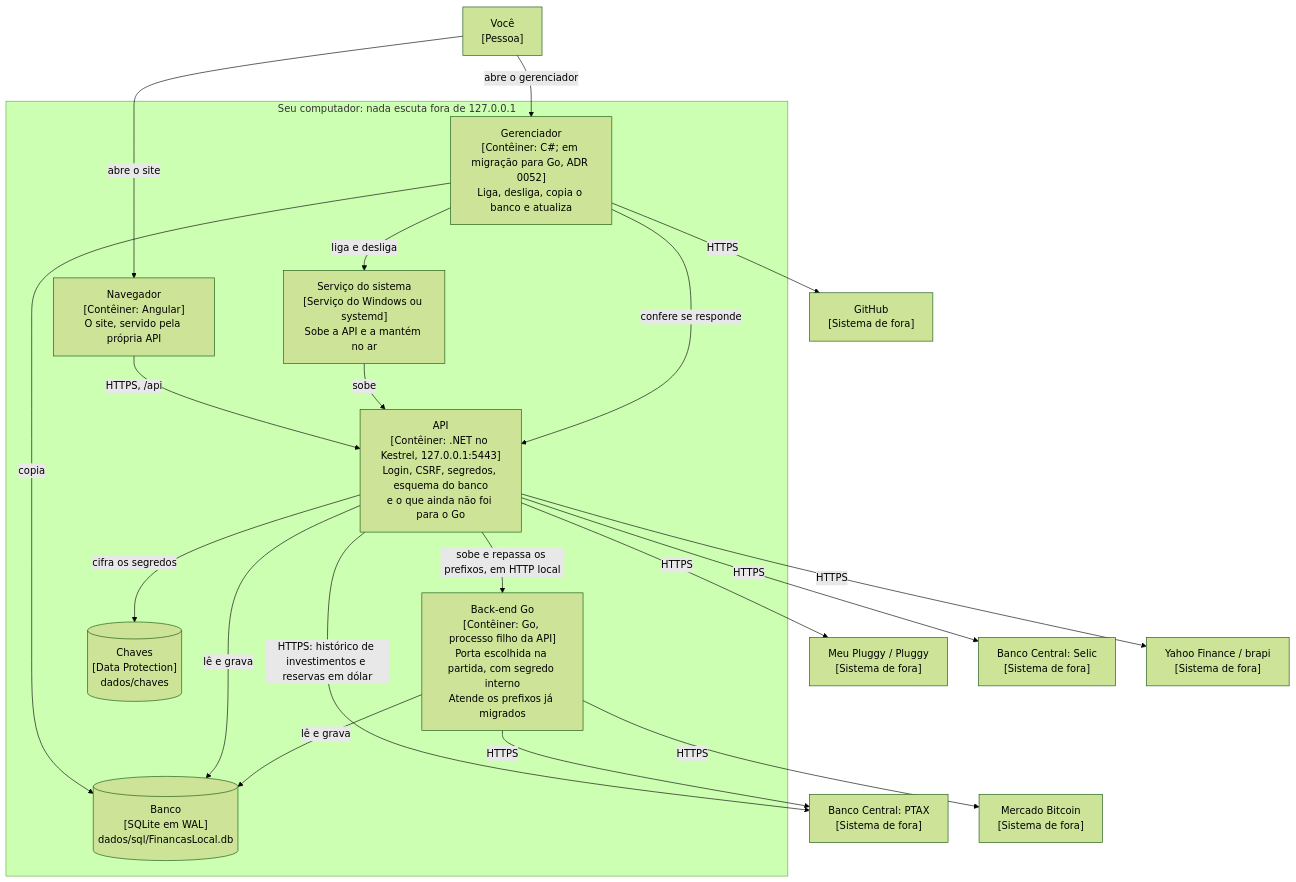
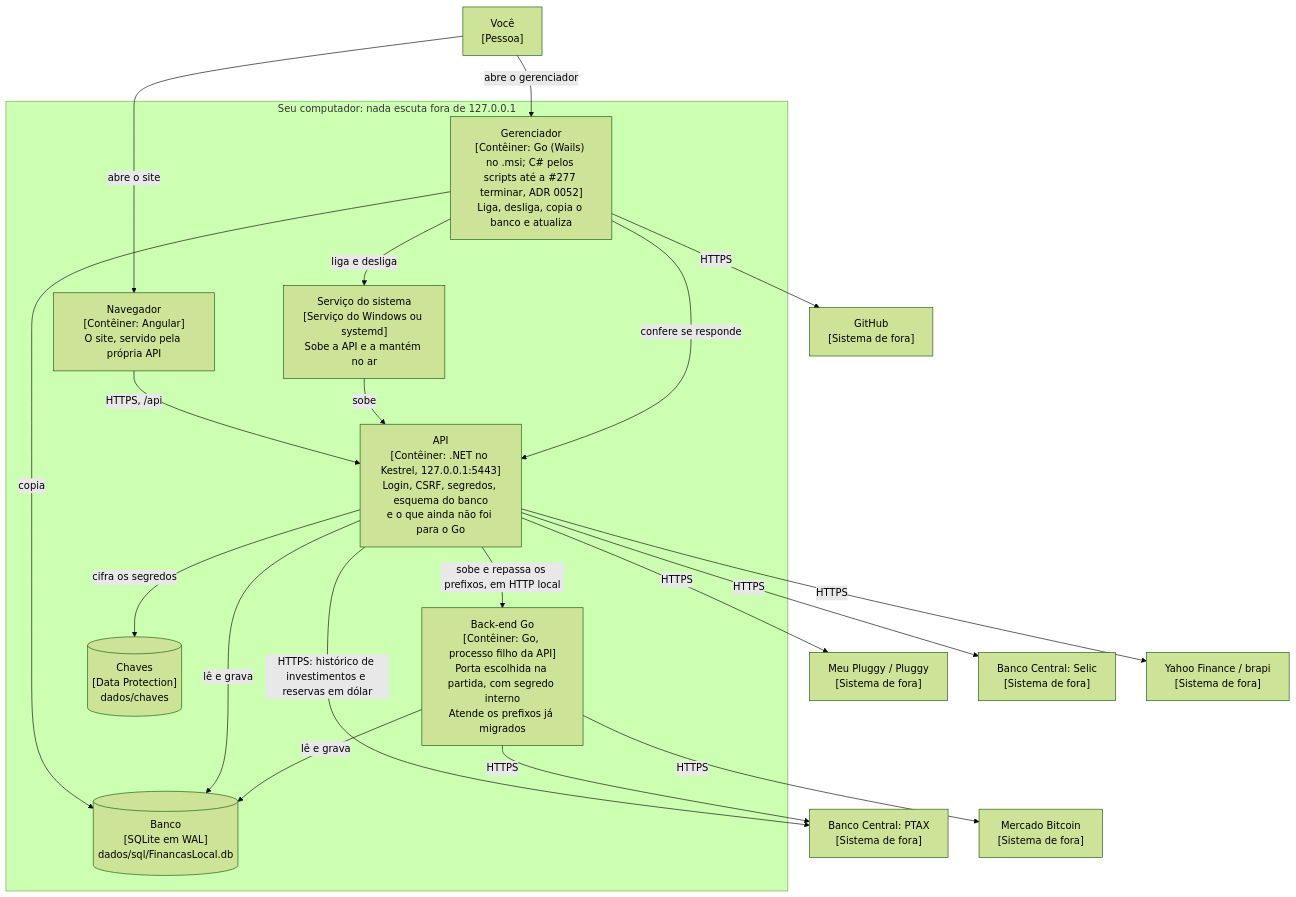
The second of 6 diagrams in docs/ARQUITETURA.md (LucasDesenvGit/financas-local), drawn with Mermaid (forest theme) before and after one commit. The commit also changed other lines of this file and 9 other files, not shown here.

First line of the commit message:
feat(scripts): o .msi instala o gerenciador em Go (#277)

````diff
--- a/docs/ARQUITETURA.md
+++ b/docs/ARQUITETURA.md
@@ -33,40 +33,40 @@
 ```mermaid
 flowchart TB
     pessoa["Você<br/>[Pessoa]"]
 
     subgraph computador["Seu computador: nada escuta fora de 127.0.0.1"]
         navegador["Navegador<br/>[Contêiner: Angular]<br/>O site, servido pela própria API"]
         servico["Serviço do sistema<br/>[Serviço do Windows ou systemd]<br/>Sobe a API e a mantém no ar"]
-        gerenciador["Gerenciador<br/>[Contêiner: C#; em migração para Go, ADR 0052]<br/>Liga, desliga, copia o banco e atualiza"]
+        gerenciador["Gerenciador<br/>[Contêiner: Go (Wails) no .msi; C# pelos scripts até a #277 terminar, ADR 0052]<br/>Liga, desliga, copia o banco e atualiza"]
         api["API<br/>[Contêiner: .NET no Kestrel, 127.0.0.1:5443]<br/>Login, CSRF, segredos, esquema do banco<br/>e o que ainda não foi para o Go"]
         go["Back-end Go<br/>[Contêiner: Go, processo filho da API]<br/>Porta escolhida na partida, com segredo interno<br/>Atende os prefixos já migrados"]
         banco[("Banco<br/>[SQLite em WAL]<br/>dados/sql/FinancasLocal.db")]
         chaves[("Chaves<br/>[Data Protection]<br/>dados/chaves")]
     end
 
     pluggy["Meu Pluggy / Pluggy<br/>[Sistema de fora]"]
     selic["Banco Central: Selic<br/>[Sistema de fora]"]
     ptax["Banco Central: PTAX<br/>[Sistema de fora]"]
     cotacoes["Yahoo Finance / brapi<br/>[Sistema de fora]"]
     mercado["Mercado Bitcoin<br/>[Sistema de fora]"]
     github["GitHub<br/>[Sistema de fora]"]
 
     pessoa -- "abre o site" --> navegador
     pessoa -- "abre o gerenciador" --> gerenciador
     navegador -- "HTTPS, /api" --> api
     servico -- "sobe" --> api
     gerenciador -- "liga e desliga" --> servico
     gerenciador -- "confere se responde" --> api
     gerenciador -- "copia" --> banco
     api -- "sobe e repassa os prefixos, em HTTP local" --> go
     api -- "lê e grava" --> banco
     api -- "cifra os segredos" --> chaves
     go -- "lê e grava" --> banco
     api -- "HTTPS" --> pluggy
     api -- "HTTPS" --> selic
     api -- "HTTPS" --> cotacoes
     api -- "HTTPS: histórico de investimentos e reservas em dólar" --> ptax
     go -- "HTTPS" --> ptax
     go -- "HTTPS" --> mercado
     gerenciador -- "HTTPS" --> github
 ```
````
